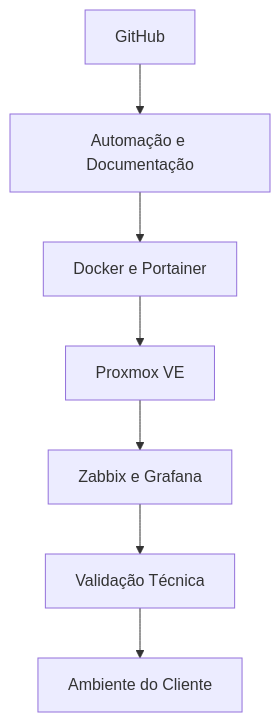
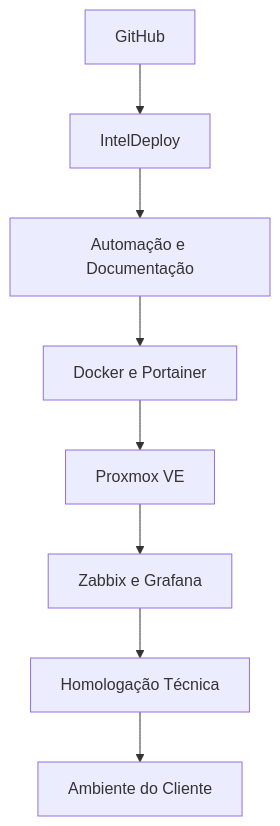
Before and after one commit to intelpar/.github: the first of 3 diagrams in profile/README.md, drawn with Mermaid. The commit also changed other lines of this file, not shown here.

````diff
--- a/profile/README.md
+++ b/profile/README.md
@@ -55,9 +83,10 @@
 ```mermaid
 graph TD
-    A[GitHub] --> B[Automação e Documentação]
-    B --> C[Docker e Portainer]
-    C --> D[Proxmox VE]
-    D --> E[Zabbix e Grafana]
-    E --> F[Validação Técnica]
-    F --> G[Ambiente do Cliente]
+    A[GitHub] --> B[IntelDeploy]
+    B --> C[Automação e Documentação]
+    C --> D[Docker e Portainer]
+    D --> E[Proxmox VE]
+    E --> F[Zabbix e Grafana]
+    F --> G[Homologação Técnica]
+    G --> H[Ambiente do Cliente]
 ```
````
